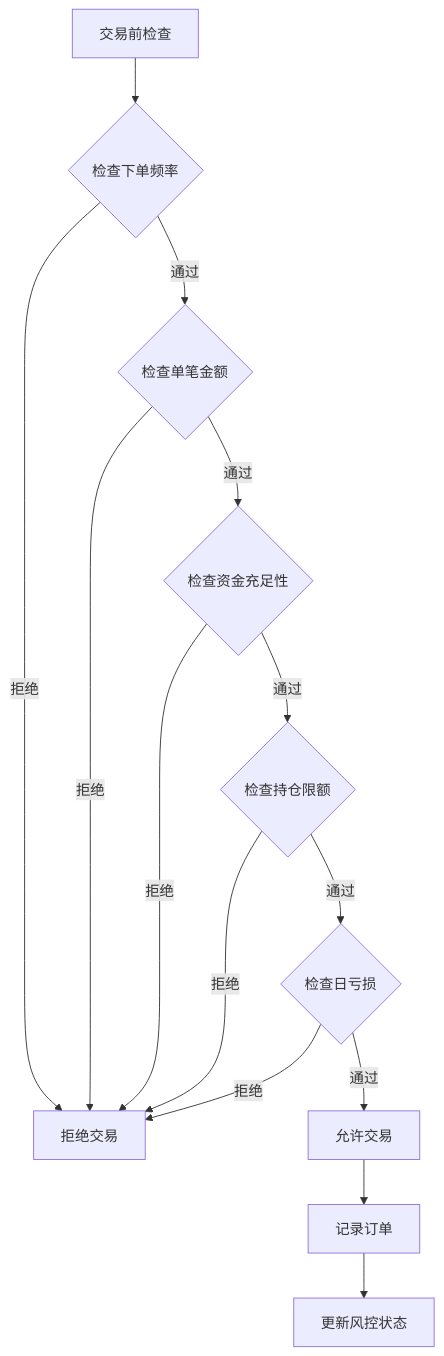
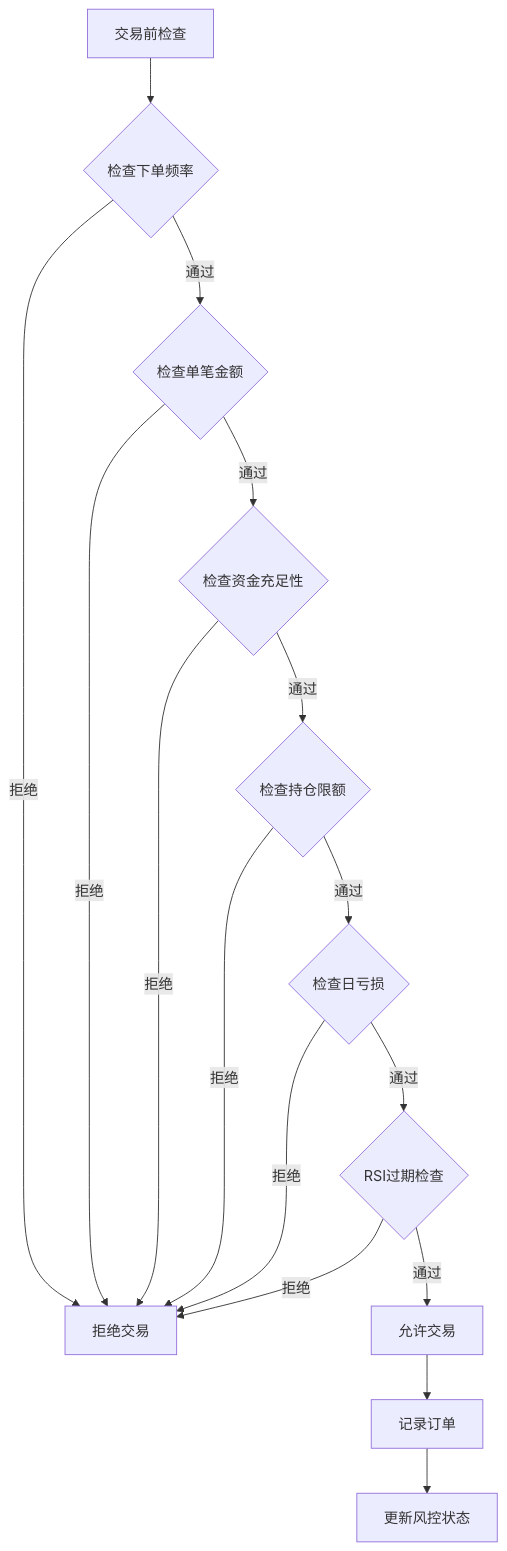
The eighth of 9 diagrams in .qoder/repowiki/zh/content/核心模块/动量策略引擎.md (Heres1/binanceWebsocket), drawn with Mermaid before and after one commit. The commit also changed other lines of this file and 10 other files, not shown here.

````diff
--- a/.qoder/repowiki/zh/content/核心模块/动量策略引擎.md
+++ b/.qoder/repowiki/zh/content/核心模块/动量策略引擎.md
@@ -340,16 +359,18 @@
 ```mermaid
 flowchart TD
 PreTrade[交易前检查] --> CheckFreq{检查下单频率}
 CheckFreq --> |通过| CheckAmount{检查单笔金额}
 CheckFreq --> |拒绝| Reject[拒绝交易]
 CheckAmount --> |通过| CheckCapital{检查资金充足性}
 CheckAmount --> |拒绝| Reject
 CheckCapital --> |通过| CheckPosition{检查持仓限额}
 CheckCapital --> |拒绝| Reject
 CheckPosition --> |通过| CheckDailyLoss{检查日亏损}
 CheckPosition --> |拒绝| Reject
-CheckDailyLoss --> |通过| Allow[允许交易]
+CheckDailyLoss --> |通过| CheckRSI{RSI过期检查}
 CheckDailyLoss --> |拒绝| Reject
+CheckRSI --> |通过| Allow[允许交易]
+CheckRSI --> |拒绝| Reject
 Allow --> Record[记录订单]
 Record --> Update[更新风控状态]
 ```
````
